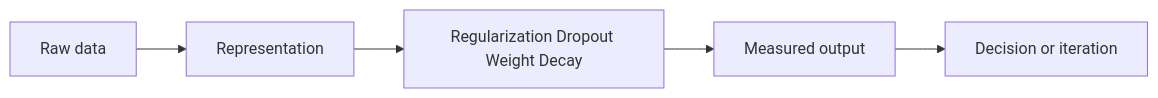
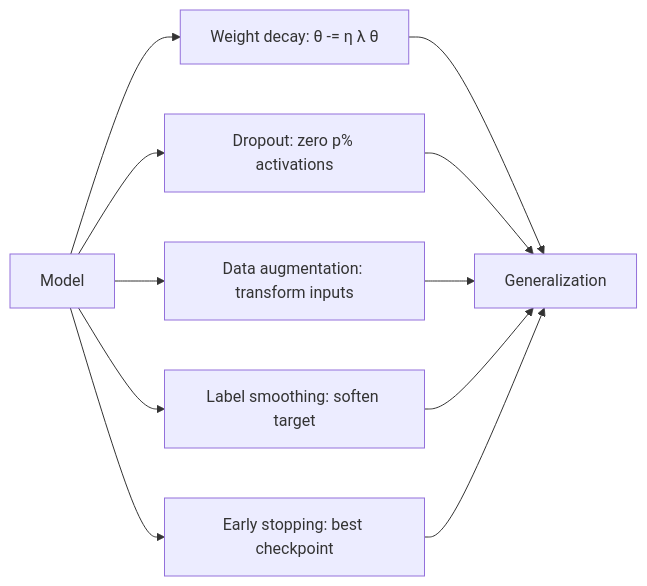
One commit to Icon1cc/Machine-Learning changed the diagram in deep-learning/07-regularization-dropout-weight-decay.md. Above: the diagram before and after it, drawn with Mermaid. The commit also changed other lines of this file and 264 other files, not shown here.

````diff
--- a/deep-learning/07-regularization-dropout-weight-decay.md
+++ b/deep-learning/07-regularization-dropout-weight-decay.md
@@ -92,7 +225,13 @@
 ```mermaid
 flowchart LR
-    A[Raw data] --> B[Representation]
-    B --> C[Regularization Dropout Weight Decay]
-    C --> D[Measured output]
-    D --> E[Decision or iteration]
+    M[Model] --> W[Weight decay: θ -= η λ θ]
+    M --> D[Dropout: zero p% activations]
+    M --> A[Data augmentation: transform inputs]
+    M --> L[Label smoothing: soften target]
+    M --> E[Early stopping: best checkpoint]
+    W --> G[Generalization]
+    D --> G
+    A --> G
+    L --> G
+    E --> G
 ```
````
